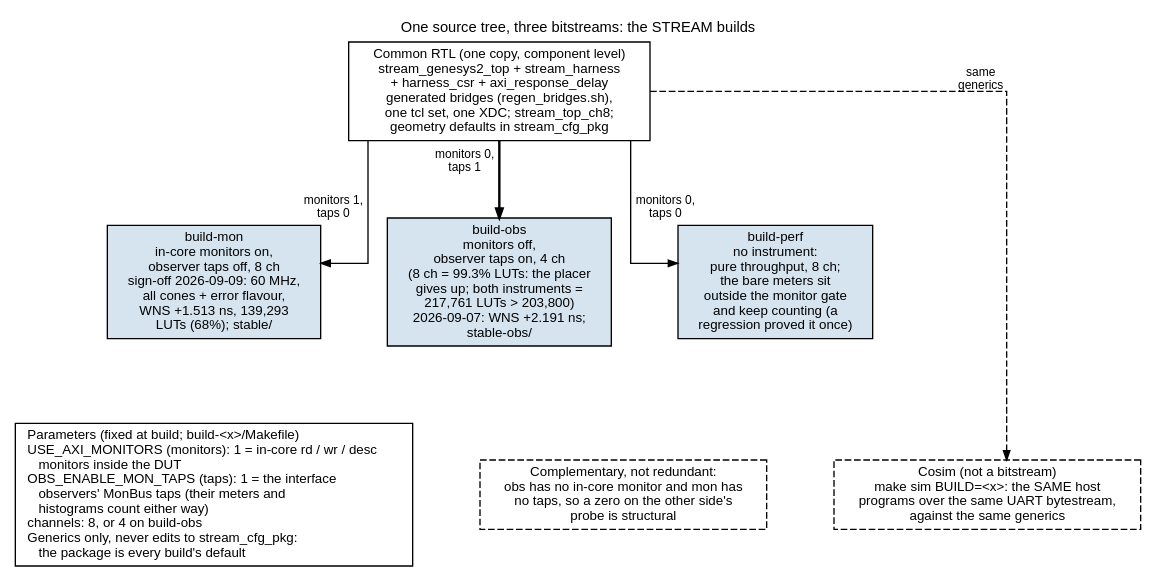
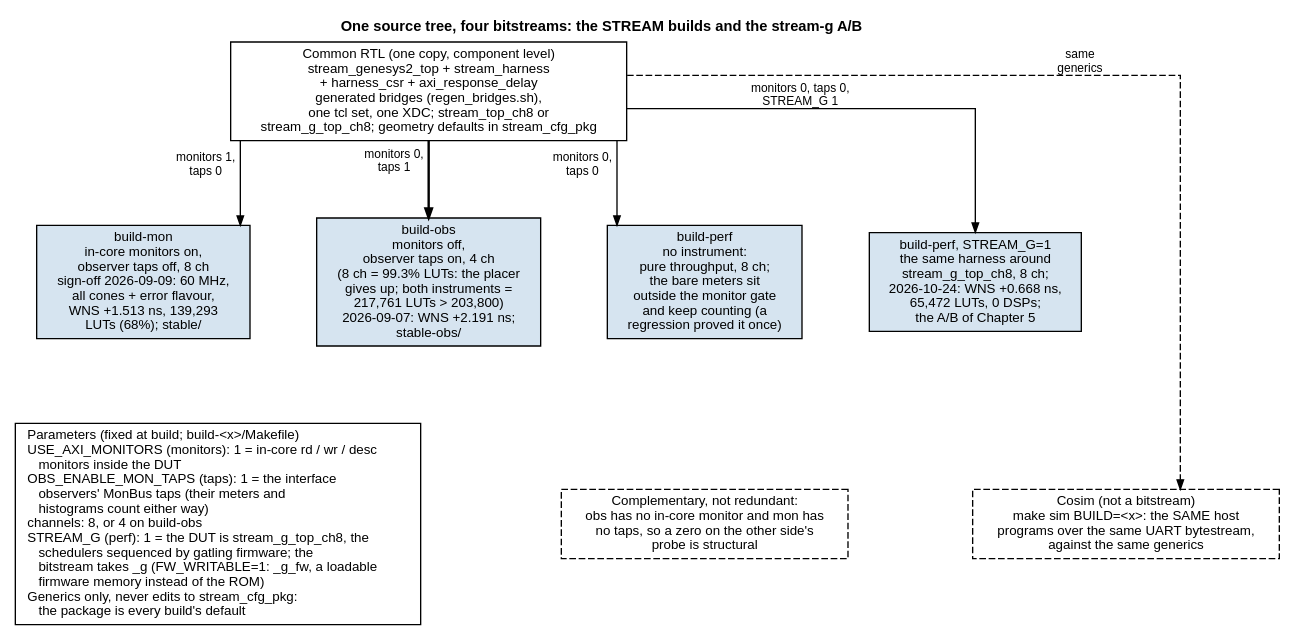
One commit to sean-galloway/RTLDesignSherpa changed the diagram in projects/fpga-systems/Genesys2/dma-ip/stream/docs/stream_fpga_system/assets/graphviz/03_build_variants.dot. Above: the diagram before and after it, drawn with Graphviz. The commit also changed 72 other files, not shown here.

```diff
--- a/projects/fpga-systems/Genesys2/dma-ip/stream/docs/stream_fpga_system/assets/graphviz/03_build_variants.dot
+++ b/projects/fpga-systems/Genesys2/dma-ip/stream/docs/stream_fpga_system/assets/graphviz/03_build_variants.dot
@@ -1,40 +1,42 @@
 // render: no-key (conceptual / software figure, not the hardware element key)
 // Figure 3.1 -- one RTL, the knobs, the three builds. House style
 // (vault/handbook/authoring/block-diagrams.md): the common source is the white
 // box on top, the knobs are a white "Parameters (fixed at build)" legend with
 // no edges, and every arrow to a bitstream carries the generics that make it.
 // The cosim is dashed sideband: same generics, same host programs, not a
 // bitstream. The "complementary, not redundant" note is a dashed note box.
 // Knobs: build-{mon,obs,perf}/Makefile export USE_AXI_MONITORS and
 // OBS_ENABLE_MON_TAPS; geometry defaults in rtl/stream_cfg_pkg.sv.
 digraph build_variants {
     graph [rankdir=TB, bgcolor="white", fontname="Helvetica", fontsize=11,
            nodesep="0.70", ranksep="0.80", splines=ortho, newrank=true,
-           label="One source tree, three bitstreams: the STREAM builds", labelloc=t];
+           label=<<B>One source tree, four bitstreams: the STREAM builds and the stream-g A/B</B>>, labeljust=c, labelloc=t];
     node  [fontname="Helvetica", fontsize=10, shape=box, style=filled,
            fillcolor="#D6E4F0", color="black", margin="0.12,0.06"];
     edge  [fontname="Helvetica", fontsize=9, color="black", arrowsize=0.7];
 
-    src [group=C, label="Common RTL (one copy, component level)\nstream_genesys2_top + stream_harness\n+ harness_csr + axi_response_delay\ngenerated bridges (regen_bridges.sh),\none tcl set, one XDC; stream_top_ch8;\ngeometry defaults in stream_cfg_pkg", fillcolor="white"];
+    src [group=C, label="Common RTL (one copy, component level)\nstream_genesys2_top + stream_harness\n+ harness_csr + axi_response_delay\ngenerated bridges (regen_bridges.sh),\none tcl set, one XDC; stream_top_ch8 or\nstream_g_top_ch8; geometry defaults in stream_cfg_pkg", fillcolor="white"];
 
-    knobs [label="Parameters (fixed at build; build-<x>/Makefile)\lUSE_AXI_MONITORS (monitors): 1 = in-core rd / wr / desc\l    monitors inside the DUT\lOBS_ENABLE_MON_TAPS (taps): 1 = the interface\l    observers' MonBus taps (their meters and\l    histograms count either way)\lchannels: 8, or 4 on build-obs\lGenerics only, never edits to stream_cfg_pkg:\l    the package is every build's default\l", fillcolor="white"];
+    knobs [label="Parameters (fixed at build; build-<x>/Makefile)\lUSE_AXI_MONITORS (monitors): 1 = in-core rd / wr / desc\l    monitors inside the DUT\lOBS_ENABLE_MON_TAPS (taps): 1 = the interface\l    observers' MonBus taps (their meters and\l    histograms count either way)\lchannels: 8, or 4 on build-obs\lSTREAM_G (perf): 1 = the DUT is stream_g_top_ch8, the\l    schedulers sequenced by gatling firmware; the\l    bitstream takes _g (FW_WRITABLE=1: _g_fw, a loadable\l    firmware memory instead of the ROM)\lGenerics only, never edits to stream_cfg_pkg:\l    the package is every build's default\l", fillcolor="white"];
 
     mon  [label="build-mon\nin-core monitors on,\nobserver taps off, 8 ch\nsign-off 2026-09-09: 60 MHz,\nall cones + error flavour,\nWNS +1.513 ns, 139,293\nLUTs (68%); stable/"];
     obs  [group=C, label="build-obs\nmonitors off,\nobserver taps on, 4 ch\n(8 ch = 99.3% LUTs: the placer\ngives up; both instruments =\n217,761 LUTs > 203,800)\n2026-09-07: WNS +2.191 ns;\nstable-obs/"];
     perf [label="build-perf\nno instrument:\npure throughput, 8 ch;\nthe bare meters sit\noutside the monitor gate\nand keep counting (a\nregression proved it once)"];
+    perfg [label="build-perf, STREAM_G=1\nthe same harness around\nstream_g_top_ch8, 8 ch;\n2026-10-24: WNS +0.668 ns,\n65,472 LUTs, 0 DSPs;\nthe A/B of Chapter 5"];
 
     why  [label="Complementary, not redundant:\nobs has no in-core monitor and mon has\nno taps, so a zero on the other side's\nprobe is structural", fillcolor="white", style="filled,dashed"];
     sim  [label="Cosim (not a bitstream)\nmake sim BUILD=<x>: the SAME host\nprograms over the same UART bytestream,\nagainst the same generics", fillcolor="white", style="filled,dashed"];
 
-    { rank=same; mon; obs; perf; }
-    mon -> obs -> perf [style=invis];
+    { rank=same; mon; obs; perf; perfg; }
+    mon -> obs -> perf -> perfg [style=invis];
     { rank=same; knobs; why; sim; }
     knobs -> why -> sim [style=invis];
     mon -> knobs [style=invis];
     perf -> why [style=invis];
 
     src -> mon  [xlabel="monitors 1,\ntaps 0"];
     src -> obs  [penwidth=1.8, xlabel="monitors 0,\ntaps 1"];
     src -> perf [xlabel="monitors 0,\ntaps 0"];
+    src -> perfg [xlabel="monitors 0, taps 0,\nSTREAM_G 1"];
     src -> sim  [style=dashed, xlabel="same\ngenerics"];
 }
```
